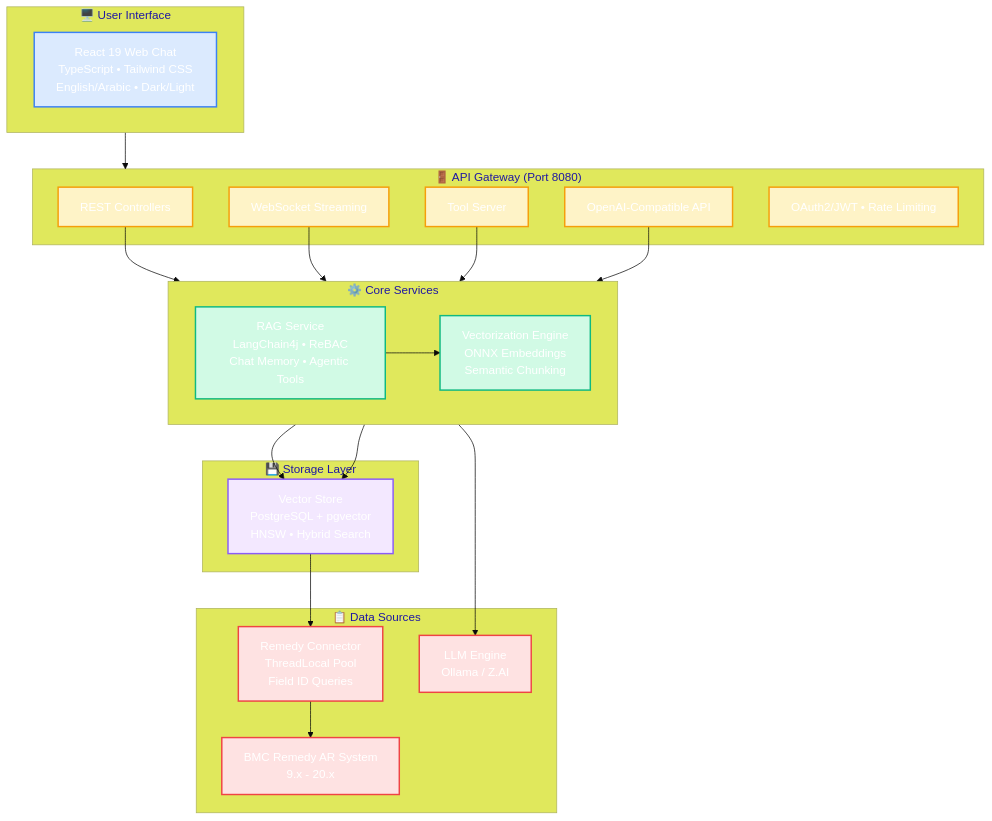
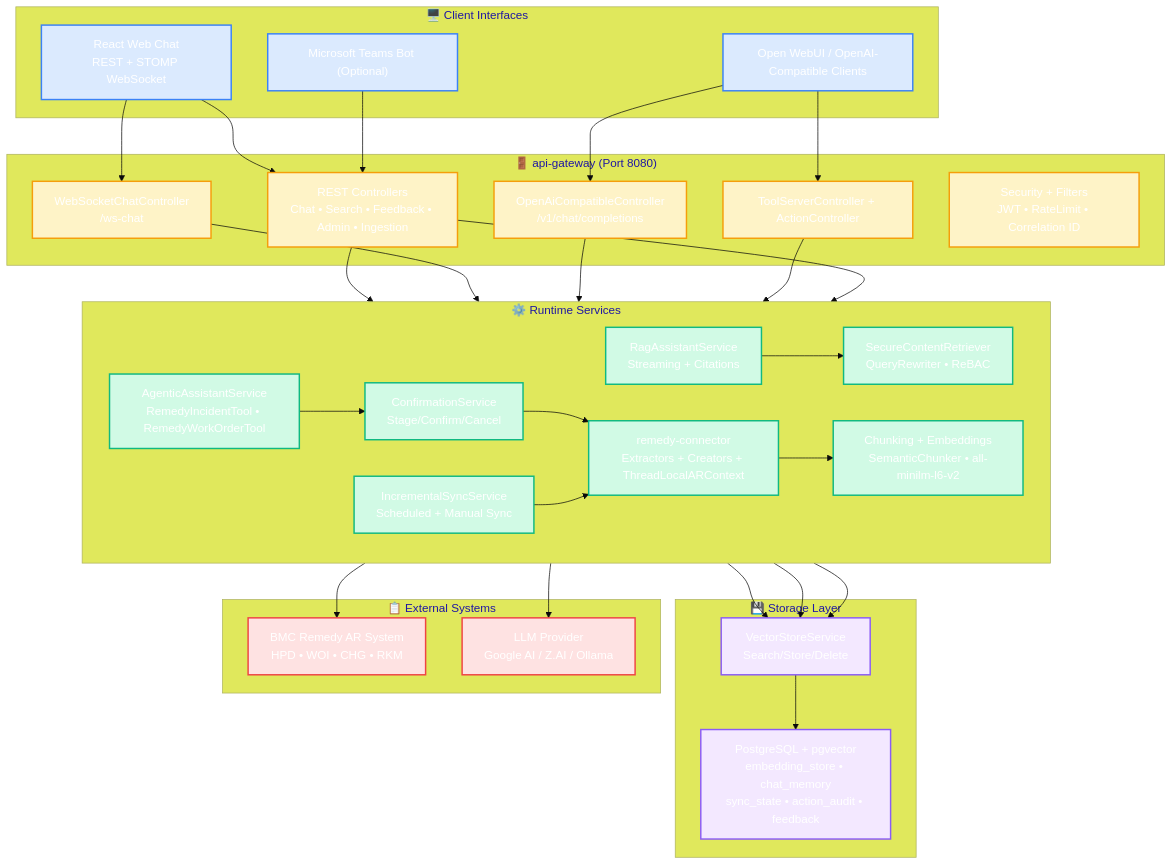
One commit to OmarEhab007/bmc-remedy-rag-agent changed the first of 3 diagrams in README.md. Above: the diagram before and after it, drawn with Mermaid. The commit also changed other lines of this file and 1 other file, not shown here.

Commit message:
docs: update architecture and ignore CST private artifacts

````diff
--- a/README.md
+++ b/README.md
@@ -101,57 +101,76 @@
 ```mermaid
 %%{init: {'theme': 'base', 'themeVariables': { 'primaryColor': '#4F46E5', 'primaryTextColor': '#fff'}}}%%
 graph TB
-    subgraph UI["🖥️ User Interface"]
-        Web["React 19 Web Chat<br/>TypeScript • Tailwind CSS<br/>English/Arabic • Dark/Light"]
+    subgraph UI["🖥️ Client Interfaces"]
+        Web["React Web Chat<br/>REST + STOMP WebSocket"]
+        OpenWebUI["Open WebUI / OpenAI-Compatible Clients"]
+        Teams["Microsoft Teams Bot (Optional)"]
     end
 
-    subgraph Gateway["🚪 API Gateway (Port 8080)"]
-        REST["REST Controllers"]
-        WS["WebSocket Streaming"]
-        Tools["Tool Server"]
-        OpenAI["OpenAI-Compatible API"]
-        Security["OAuth2/JWT • Rate Limiting"]
+    subgraph Gateway["🚪 api-gateway (Port 8080)"]
+        REST["REST Controllers<br/>Chat • Search • Feedback • Admin • Ingestion"]
+        WS["WebSocketChatController<br/>/ws-chat"]
+        OpenAI["OpenAiCompatibleController<br/>/v1/chat/completions"]
+        Tools["ToolServerController + ActionController"]
+        Security["Security + Filters<br/>JWT • RateLimit • Correlation ID"]
     end
 
-    subgraph Services["⚙️ Core Services"]
+    subgraph Services["⚙️ Runtime Services"]
         direction LR
-        RAG["RAG Service<br/>LangChain4j • ReBAC<br/>Chat Memory • Agentic Tools"]
-        VEC["Vectorization Engine<br/>ONNX Embeddings<br/>Semantic Chunking"]
+        RAG["RagAssistantService<br/>Streaming + Citations"]
+        RET["SecureContentRetriever<br/>QueryRewriter • ReBAC"]
+        AG["AgenticAssistantService<br/>RemedyIncidentTool • RemedyWorkOrderTool"]
+        CONF["ConfirmationService<br/>Stage/Confirm/Cancel"]
+        SYNC["IncrementalSyncService<br/>Scheduled + Manual Sync"]
+        RC["remedy-connector<br/>Extractors + Creators + ThreadLocalARContext"]
+        VEC["Chunking + Embeddings<br/>SemanticChunker • all-minilm-l6-v2"]
     end
 
     subgraph Storage["💾 Storage Layer"]
-        VS["Vector Store<br/>PostgreSQL + pgvector<br/>HNSW • Hybrid Search"]
+        VS["VectorStoreService<br/>Search/Store/Delete"]
+        DB["PostgreSQL + pgvector<br/>embedding_store • chat_memory<br/>sync_state • action_audit • feedback"]
     end
 
-    subgraph Data["📋 Data Sources"]
-        RC["Remedy Connector<br/>ThreadLocal Pool<br/>Field ID Queries"]
-        BMC["BMC Remedy AR System<br/>9.x - 20.x"]
-        LLM["LLM Engine<br/>Ollama / Z.AI"]
+    subgraph Data["📋 External Systems"]
+        BMC["BMC Remedy AR System<br/>HPD • WOI • CHG • RKM"]
+        LLM["LLM Provider<br/>Google AI / Z.AI / Ollama"]
     end
 
-    UI --> Gateway
+    Web --> REST
+    Web --> WS
+    OpenWebUI --> OpenAI
+    OpenWebUI --> Tools
+    Teams --> REST
+
     REST --> RAG
     WS --> RAG
-    Tools --> RAG
     OpenAI --> RAG
+    Tools --> AG
 
-    RAG --> VEC
+    RAG --> RET
     RAG --> VS
     RAG --> LLM
+    RET --> VS
+
+    AG --> CONF
+    CONF --> RC
+
+    REST --> SYNC
+    SYNC --> RC
+    RC --> VEC
     VEC --> VS
-
-    VS --> RC
+    VS --> DB
     RC --> BMC
 
     classDef ui fill:#DBEAFE,stroke:#3B82F6,stroke-width:2px
     classDef gateway fill:#FEF3C7,stroke:#F59E0B,stroke-width:2px
     classDef services fill:#D1FAE5,stroke:#10B981,stroke-width:2px
     classDef storage fill:#F3E8FF,stroke:#8B5CF6,stroke-width:2px
     classDef data fill:#FEE2E2,stroke:#EF4444,stroke-width:2px
 
-    class Web ui
+    class Web,OpenWebUI,Teams ui
     class REST,WS,Tools,OpenAI,Security gateway
-    class RAG,VEC services
-    class VS storage
-    class RC,BMC,LLM data
+    class RAG,RET,AG,CONF,SYNC,RC,VEC services
+    class VS,DB storage
+    class BMC,LLM data
 ```
````
